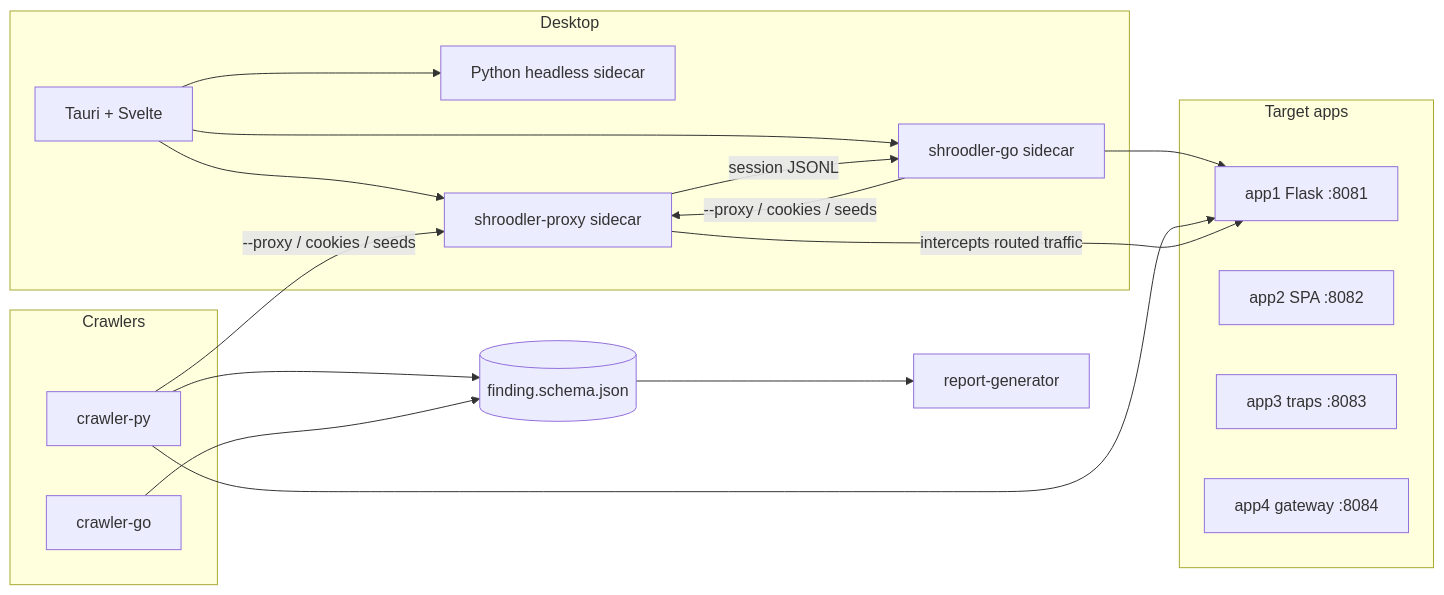
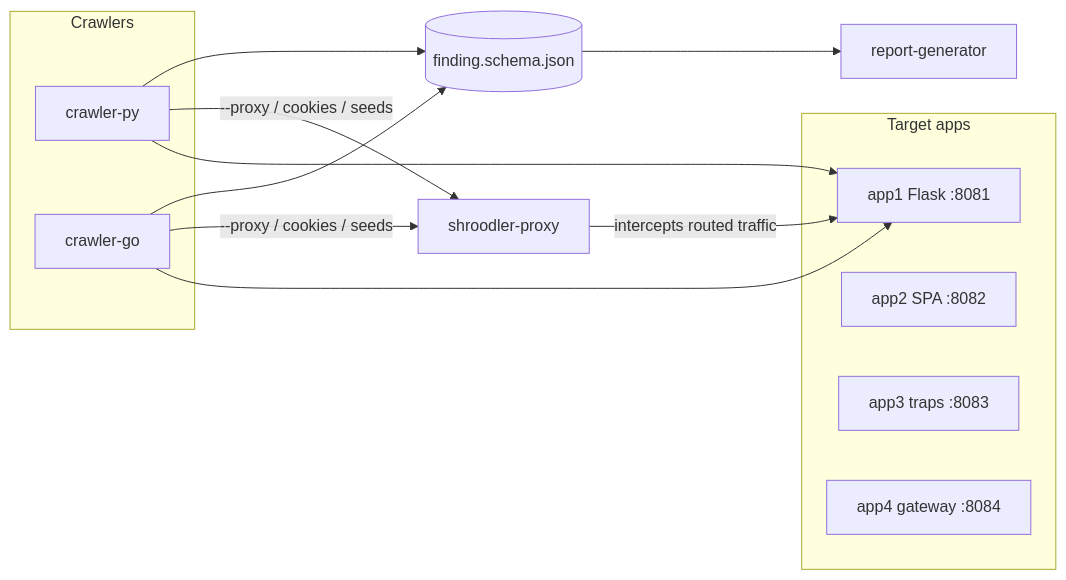
Before and after one commit to Fantastic-Fanta/Shroodler: the diagram in README.md, drawn with Mermaid. The commit also changed other lines of this file and 37 other files, not shown here.

````diff
--- a/README.md
+++ b/README.md
@@ -8,31 +8,22 @@
 ```mermaid
 flowchart LR
   subgraph targets [Target apps]
     A1[app1 Flask :8081]
     A2[app2 SPA :8082]
     A3[app3 traps :8083]
     A4[app4 gateway :8084]
   end
   subgraph crawlers [Crawlers]
     PY[crawler-py]
     GO[crawler-go]
   end
-  subgraph desktop [Desktop]
-    UI[Tauri + Svelte]
-    GO2[shroodler-go sidecar]
-    PY2[Python headless sidecar]
-    PX[shroodler-proxy sidecar]
-  end
+  PX[shroodler-proxy]
   PY --> JSON[(finding.schema.json)]
   GO --> JSON
   JSON --> RG[report-generator]
-  UI --> GO2
-  UI --> PY2
-  UI --> PX
-  GO2 -->|"--proxy / cookies / seeds"| PX
-  GO2 --> A1
+  GO -->|"--proxy / cookies / seeds"| PX
+  GO --> A1
   PY -->|"--proxy / cookies / seeds"| PX
   PY --> A1
   PX -->|intercepts routed traffic| A1
-  PX -->|session JSONL| GO2
 ```
````
